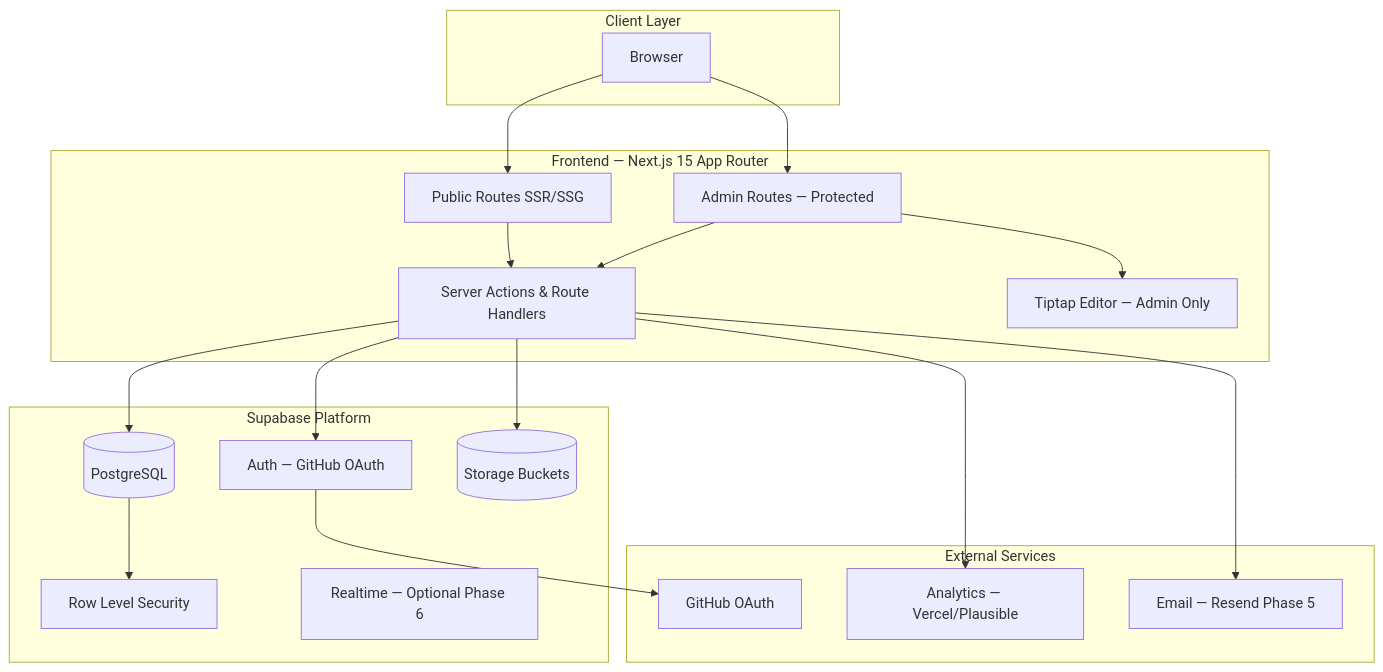
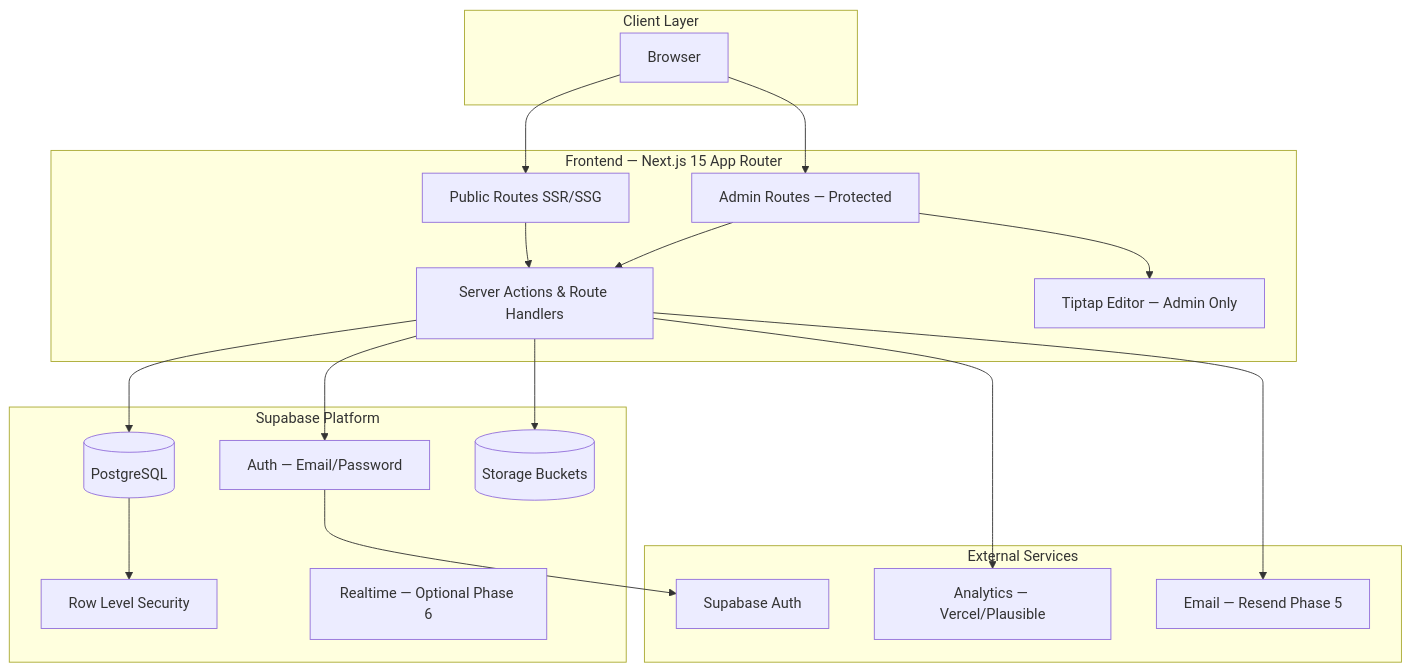
One commit to Dhruvil7694/notion_style_portfolio changed the first of 5 diagrams in docs/architecture.md. Above: the diagram before and after it, drawn with Mermaid. The commit also changed other lines of this file and 666 other files, not shown here.

````diff
--- a/docs/architecture.md
+++ b/docs/architecture.md
@@ -9,40 +9,40 @@
 ```mermaid
 flowchart TB
     subgraph Client["Client Layer"]
         Browser[Browser]
     end
 
     subgraph Frontend["Frontend — Next.js 15 App Router"]
         PublicPages[Public Routes SSR/SSG]
         AdminPages[Admin Routes — Protected]
         ServerActions[Server Actions & Route Handlers]
         TiptapEditor[Tiptap Editor — Admin Only]
     end
 
     subgraph Supabase["Supabase Platform"]
-        Auth[Auth — GitHub OAuth]
+        Auth[Auth — Email/Password]
         Postgres[(PostgreSQL)]
         Storage[(Storage Buckets)]
         RLS[Row Level Security]
         Realtime[Realtime — Optional Phase 6]
     end
 
     subgraph External["External Services"]
-        GitHub[GitHub OAuth]
+        SupabaseAuth[Supabase Auth]
         Analytics[Analytics — Vercel/Plausible]
         Email[Email — Resend Phase 5]
     end
 
     Browser --> PublicPages
     Browser --> AdminPages
     PublicPages --> ServerActions
     AdminPages --> TiptapEditor
     AdminPages --> ServerActions
     ServerActions --> Postgres
     ServerActions --> Storage
     ServerActions --> Auth
-    Auth --> GitHub
+    Auth --> SupabaseAuth
     Postgres --> RLS
     ServerActions --> Analytics
     ServerActions --> Email
 ```
````
